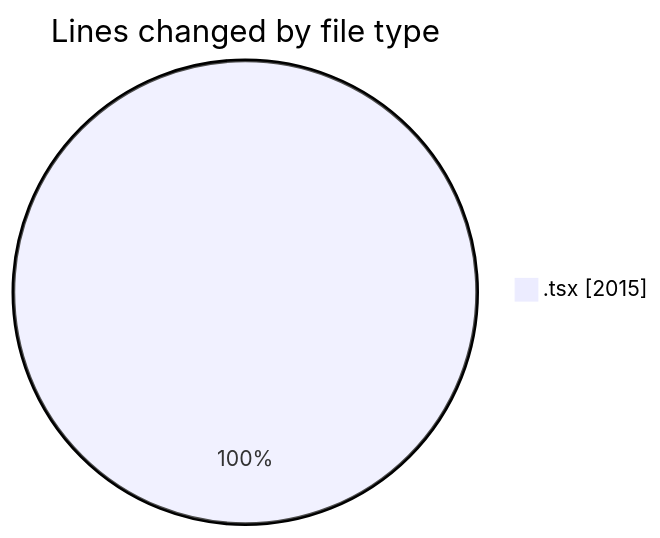
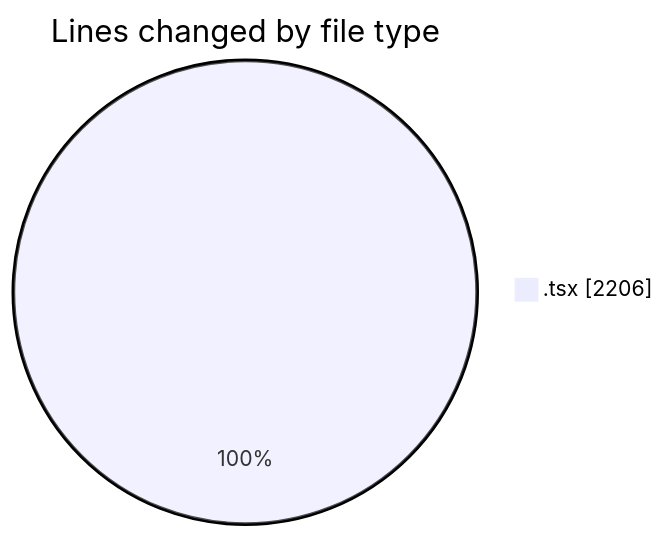
Before and after one commit to nxtqubesakshisongat/code-tracking: the first of 2 diagrams in 2026-02-10/nxtqube_webapp/README.md, drawn with Mermaid. The commit also changed other lines of this file and 1 other file, not shown here.

````diff
--- a/2026-02-10/nxtqube_webapp/README.md
+++ b/2026-02-10/nxtqube_webapp/README.md
@@ -21,5 +21,5 @@
 ```mermaid
 pie showData
 title Lines changed by file type
-".tsx" : 2015
+".tsx" : 2206
 ```
````
